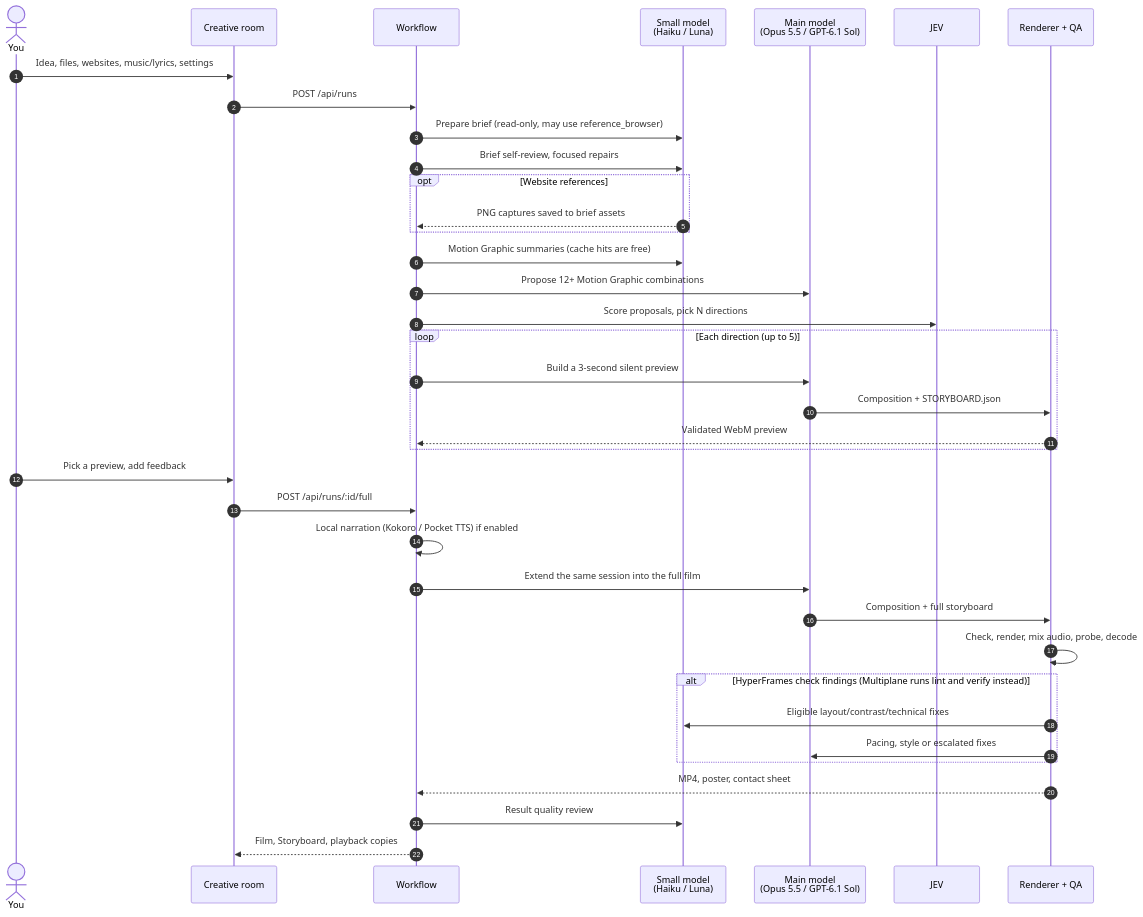
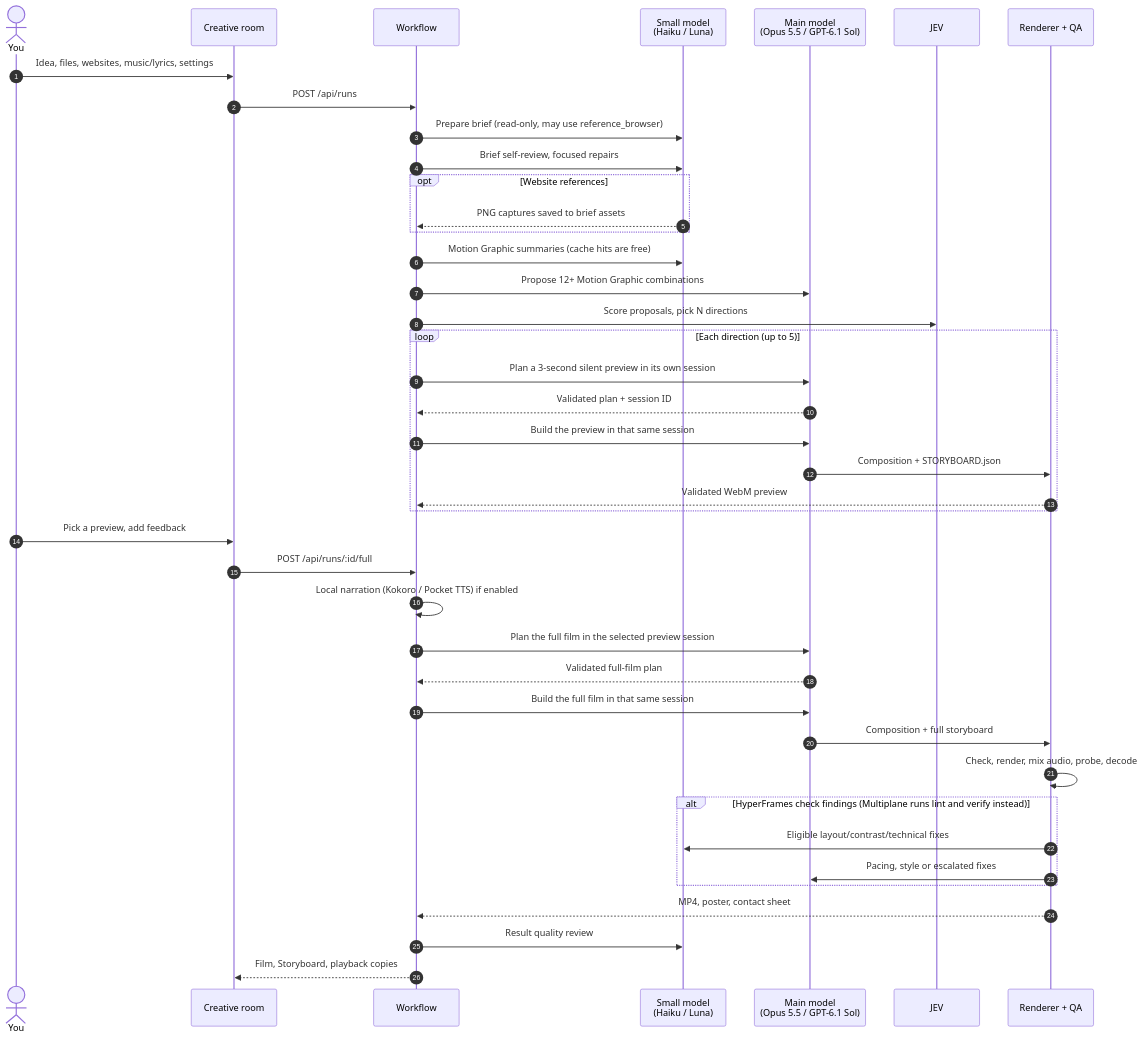
One commit to delexw/kiteva changed the second of 12 diagrams in docs/architecture.md. Above: the diagram before and after it, drawn with Mermaid. The commit also changed other lines of this file and 90 other files, not shown here.

````diff
--- a/docs/architecture.md
+++ b/docs/architecture.md
@@ -99,40 +99,44 @@
 ```mermaid
 sequenceDiagram
   autonumber
   actor You
   participant Room as Creative room
   participant WF as Workflow
   participant Small as Small model<br/>(Haiku / Luna)
   participant Main as Main model<br/>(Opus 5.5 / GPT-6.1 Sol)
   participant JEV as JEV
   participant R as Renderer + QA
 
   You->>Room: Idea, files, websites, music/lyrics, settings
   Room->>WF: POST /api/runs
   WF->>Small: Prepare brief (read-only, may use reference_browser)
   WF->>Small: Brief self-review, focused repairs
   opt Website references
     Small-->>WF: PNG captures saved to brief assets
   end
   WF->>Small: Motion Graphic summaries (cache hits are free)
   WF->>Main: Propose 12+ Motion Graphic combinations
   WF->>JEV: Score proposals, pick N directions
   loop Each direction (up to 5)
-    WF->>Main: Build a 3-second silent preview
+    WF->>Main: Plan a 3-second silent preview in its own session
+    Main-->>WF: Validated plan + session ID
+    WF->>Main: Build the preview in that same session
     Main->>R: Composition + STORYBOARD.json
     R-->>WF: Validated WebM preview
   end
   You->>Room: Pick a preview, add feedback
   Room->>WF: POST /api/runs/:id/full
   WF->>WF: Local narration (Kokoro / Pocket TTS) if enabled
-  WF->>Main: Extend the same session into the full film
+  WF->>Main: Plan the full film in the selected preview session
+  Main-->>WF: Validated full-film plan
+  WF->>Main: Build the full film in that same session
   Main->>R: Composition + full storyboard
   R->>R: Check, render, mix audio, probe, decode
   alt HyperFrames check findings (Multiplane runs lint and verify instead)
     R->>Small: Eligible layout/contrast/technical fixes
     R->>Main: Pacing, style or escalated fixes
   end
   R-->>WF: MP4, poster, contact sheet
   WF->>Small: Result quality review
   WF-->>Room: Film, Storyboard, playback copies
 ```
````
